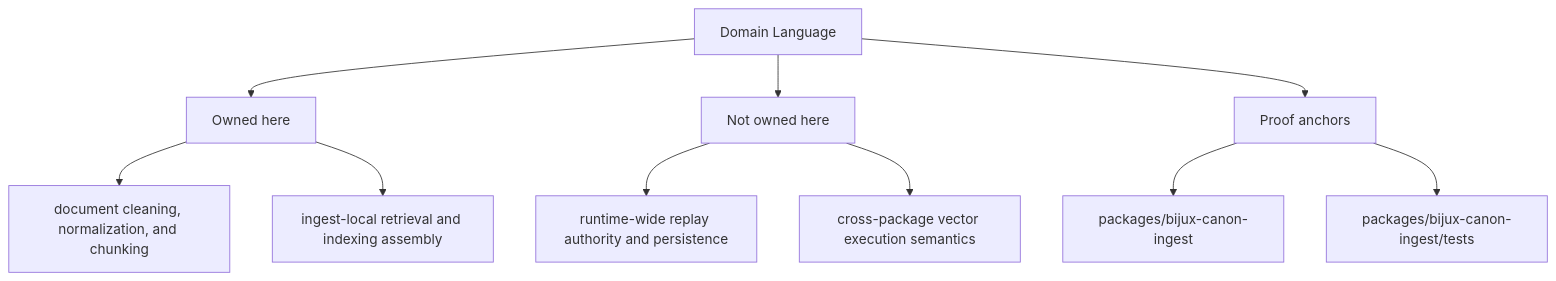
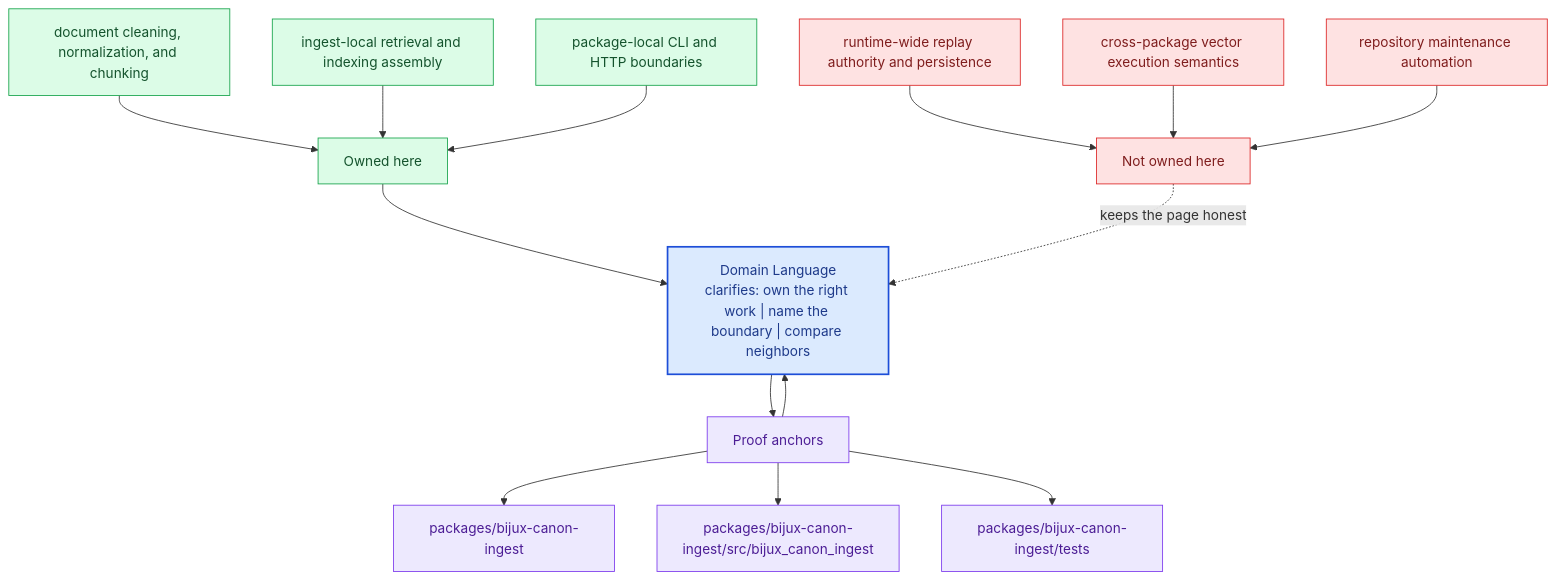
Before and after one commit to bijux/bijux-canon: the second of 2 diagrams in docs/bijux-canon-ingest/foundation/domain-language.md, drawn with Mermaid. The commit also changed other lines of this file and 281 other files, not shown here.

Commit message:
docs(diagrams): deepen handbook mermaid maps across the catalog

````diff
--- a/docs/bijux-canon-ingest/foundation/domain-language.md
+++ b/docs/bijux-canon-ingest/foundation/domain-language.md
@@ -35,22 +68,40 @@
 ```mermaid
-flowchart TD
-    page["Domain Language"]
+flowchart TB
+    promise["Domain Language<br/>clarifies: own the right work | name the boundary | compare neighbors"]
+    classDef promise fill:#dbeafe,stroke:#1d4ed8,color:#1e3a8a,stroke-width:2px;
+    classDef driver fill:#dcfce7,stroke:#16a34a,color:#14532d;
+    classDef constraint fill:#fee2e2,stroke:#dc2626,color:#7f1d1d;
+    classDef ground fill:#ede9fe,stroke:#7c3aed,color:#4c1d95;
     focus1["Owned here"]
-    page --> focus1
+    focus1 --> promise
     focus1_1["document cleaning, normalization, and chunking"]
-    focus1 --> focus1_1
+    focus1_1 --> focus1
     focus1_2["ingest-local retrieval and indexing assembly"]
-    focus1 --> focus1_2
+    focus1_2 --> focus1
+    focus1_3["package-local CLI and HTTP boundaries"]
+    focus1_3 --> focus1
+    class focus1 driver;
+    class focus1_1,focus1_2,focus1_3 driver;
     focus2["Not owned here"]
-    page --> focus2
+    focus2 -.keeps the page honest.-> promise
     focus2_1["runtime-wide replay authority and persistence"]
-    focus2 --> focus2_1
+    focus2_1 --> focus2
     focus2_2["cross-package vector execution semantics"]
-    focus2 --> focus2_2
+    focus2_2 --> focus2
+    focus2_3["repository maintenance automation"]
+    focus2_3 --> focus2
+    class focus2 constraint;
+    class focus2_1,focus2_2,focus2_3 constraint;
     focus3["Proof anchors"]
-    page --> focus3
+    focus3 --> promise
+    promise --> focus3
     focus3_1["packages/bijux-canon-ingest"]
     focus3 --> focus3_1
-    focus3_2["packages/bijux-canon-ingest/tests"]
+    focus3_2["packages/bijux-canon-ingest/src/bijux_canon_ingest"]
     focus3 --> focus3_2
+    focus3_3["packages/bijux-canon-ingest/tests"]
+    focus3 --> focus3_3
+    class focus3 ground;
+    class focus3_1,focus3_2,focus3_3 ground;
+    class promise promise;
 ```
````
